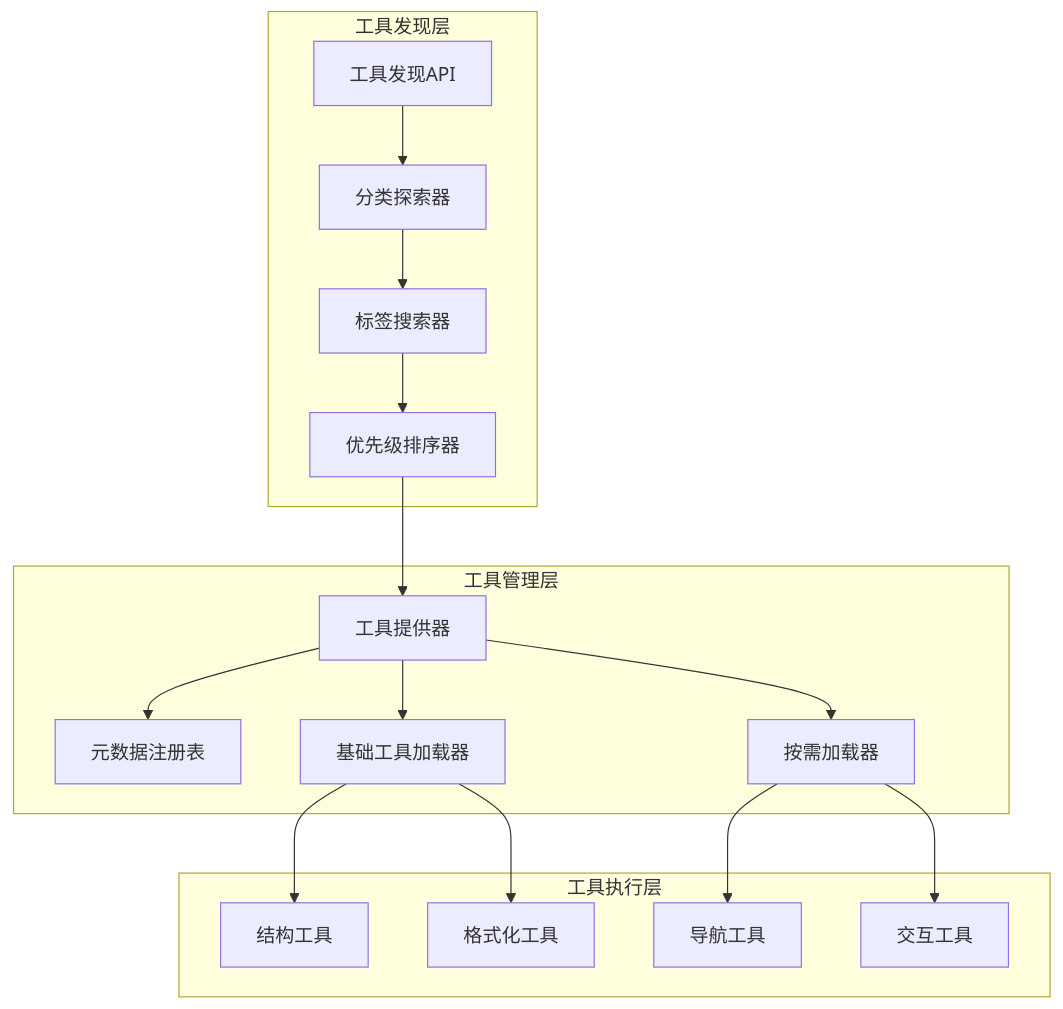
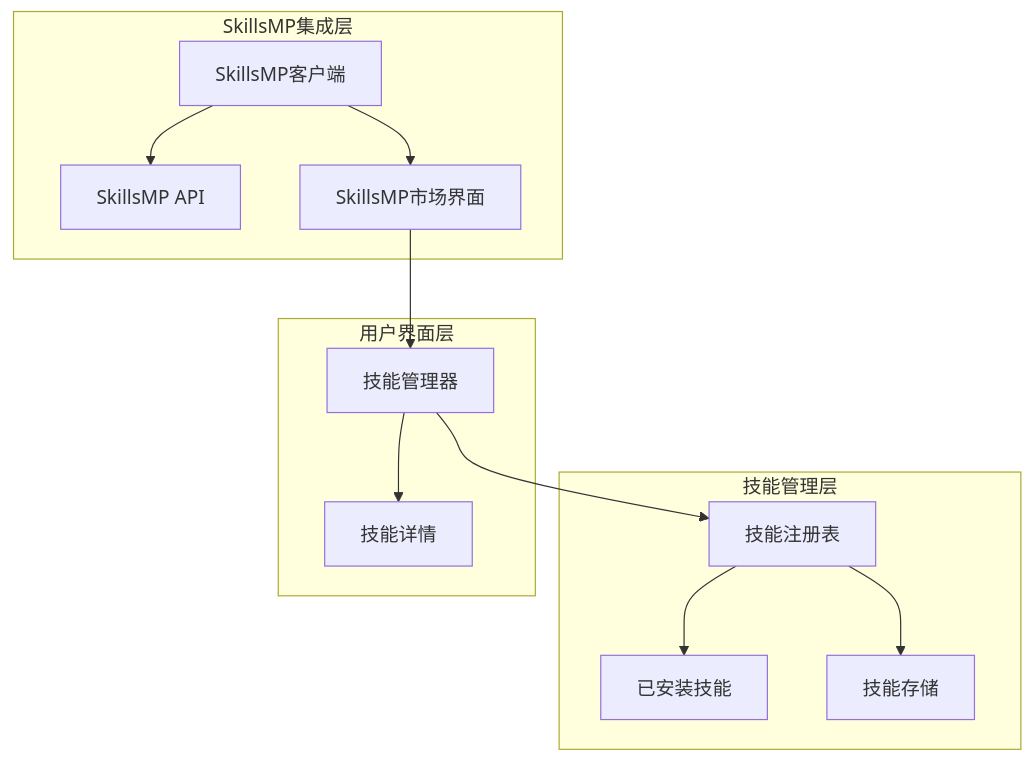
One commit to LRF0422/Kotion changed the eighth of 11 diagrams in .qoder/repowiki/zh/content/功能模块/AI技能市场系统.md. Above: the diagram before and after it, drawn with Mermaid. The commit also changed other lines of this file and 22 other files, not shown here.

````diff
--- a/.qoder/repowiki/zh/content/功能模块/AI技能市场系统.md
+++ b/.qoder/repowiki/zh/content/功能模块/AI技能市场系统.md
@@ -358,32 +353,24 @@
 ```mermaid
 graph TB
-subgraph "工具发现层"
-ToolDiscovery[工具发现API]
-CategoryExplorer[分类探索器]
-TagSearcher[标签搜索器]
-PrioritySorter[优先级排序器]
+subgraph "SkillsMP集成层"
+SkillsMPClient[SkillsMP客户端]
+SkillsMPAPI[SkillsMP API]
+SkillsMPMarketplace[SkillsMP市场界面]
 end
-subgraph "工具管理层"
-ToolProvider[工具提供器]
-MetadataRegistry[元数据注册表]
-EssentialLoader[基础工具加载器]
-OnDemandLoader[按需加载器]
+subgraph "技能管理层"
+SkillRegistry[技能注册表]
+InstalledSkills[已安装技能]
+SkillStorage[技能存储]
 end
-subgraph "工具执行层"
-StructureTools[结构工具]
-FormatTools[格式化工具]
-NavigationTools[导航工具]
-InteractionTools[交互工具]
+subgraph "用户界面层"
+SkillManager[技能管理器]
+SkillDetail[技能详情]
 end
-ToolDiscovery --> CategoryExplorer
-CategoryExplorer --> TagSearcher
-TagSearcher --> PrioritySorter
-PrioritySorter --> ToolProvider
-ToolProvider --> MetadataRegistry
-ToolProvider --> EssentialLoader
-ToolProvider --> OnDemandLoader
-EssentialLoader --> StructureTools
-EssentialLoader --> FormatTools
-OnDemandLoader --> NavigationTools
-OnDemandLoader --> InteractionTools
+SkillsMPClient --> SkillsMPAPI
+SkillsMPClient --> SkillsMPMarketplace
+SkillsMPMarketplace --> SkillManager
+SkillManager --> SkillRegistry
+SkillRegistry --> InstalledSkills
+SkillRegistry --> SkillStorage
+SkillManager --> SkillDetail
 ```
````
